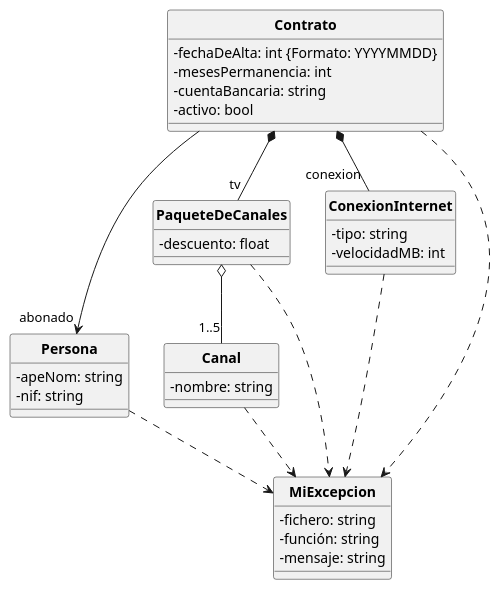
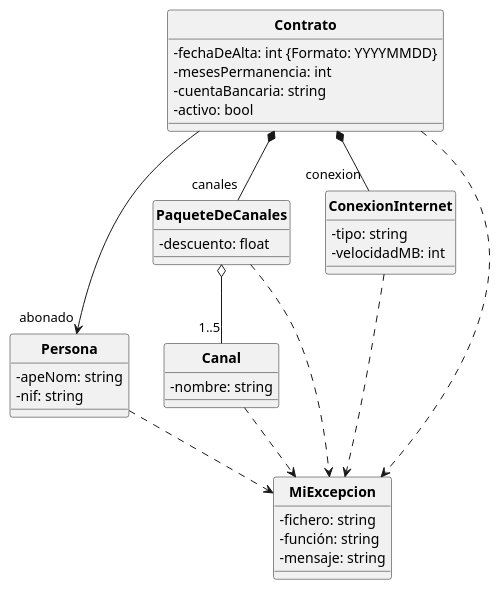
The diagram in PooFusion.puml (POOUJA/PooFusion), drawn with PlantUML before and after one commit. The commit also changed 8 other files, not shown here.

```diff
--- a/PooFusion.puml
+++ b/PooFusion.puml
@@ -1,48 +1,48 @@
 @startuml
 
 hide circle
 skinparam classattributeiconsize 0
 skinparam classFontStyle bold
 
 class Contrato {
  - fechaDeAlta: int {Formato: YYYYMMDD}
  - mesesPermanencia: int
  - cuentaBancaria: string
  - activo: bool
 }
 
 class Persona {
  - apeNom: string
  - nif: string
 }
 
 class PaqueteDeCanales{
  - descuento: float
 }
 
 class ConexionInternet {
  - tipo: string
  - velocidadMB: int
 }
 
 class Canal {
  - nombre: string
 }
 
 class MiExcepcion{
  - fichero: string
  - función: string
  - mensaje: string
 }
 
 Contrato *-- "conexion" ConexionInternet
-Contrato *-- "tv" PaqueteDeCanales
+Contrato *-- "canales" PaqueteDeCanales
 Contrato --> "abonado" Persona
 PaqueteDeCanales o-- "1..5" Canal
 Contrato ..> MiExcepcion
 Canal ..> MiExcepcion
 ConexionInternet ..> MiExcepcion
 Persona ..> MiExcepcion
 PaqueteDeCanales ..> MiExcepcion
 
 @enduml
```
